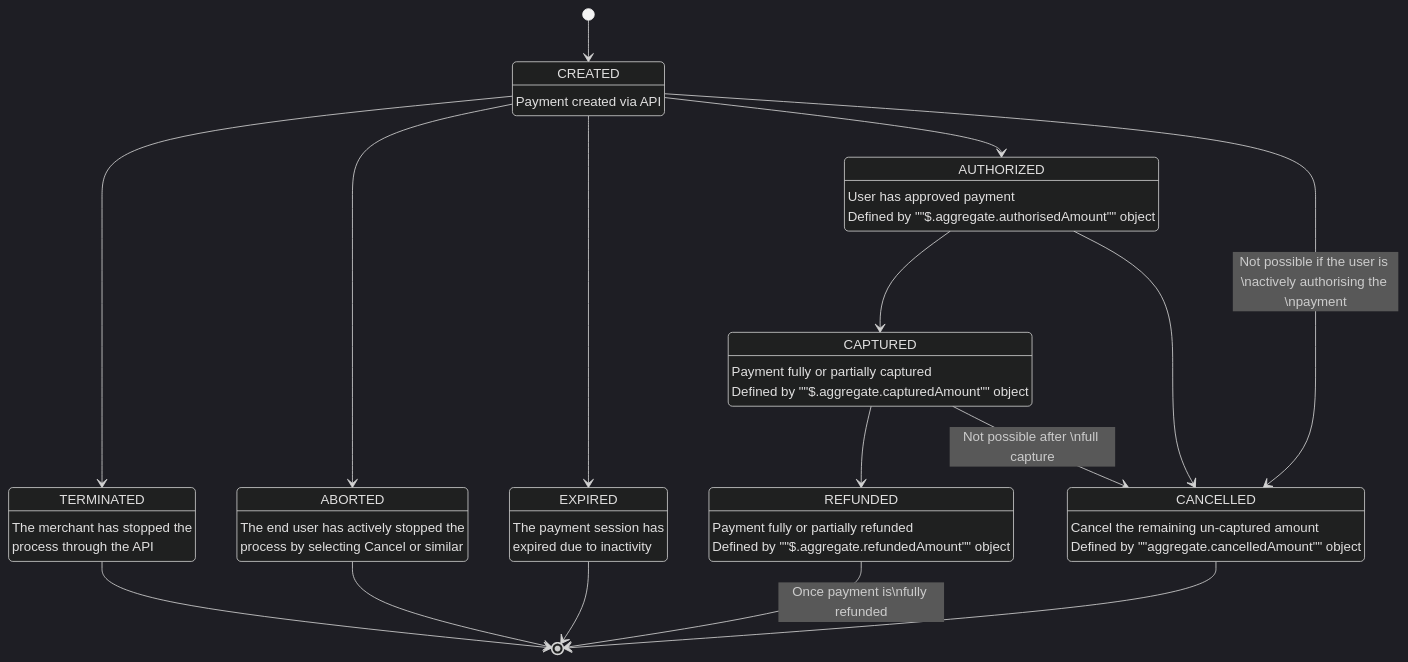
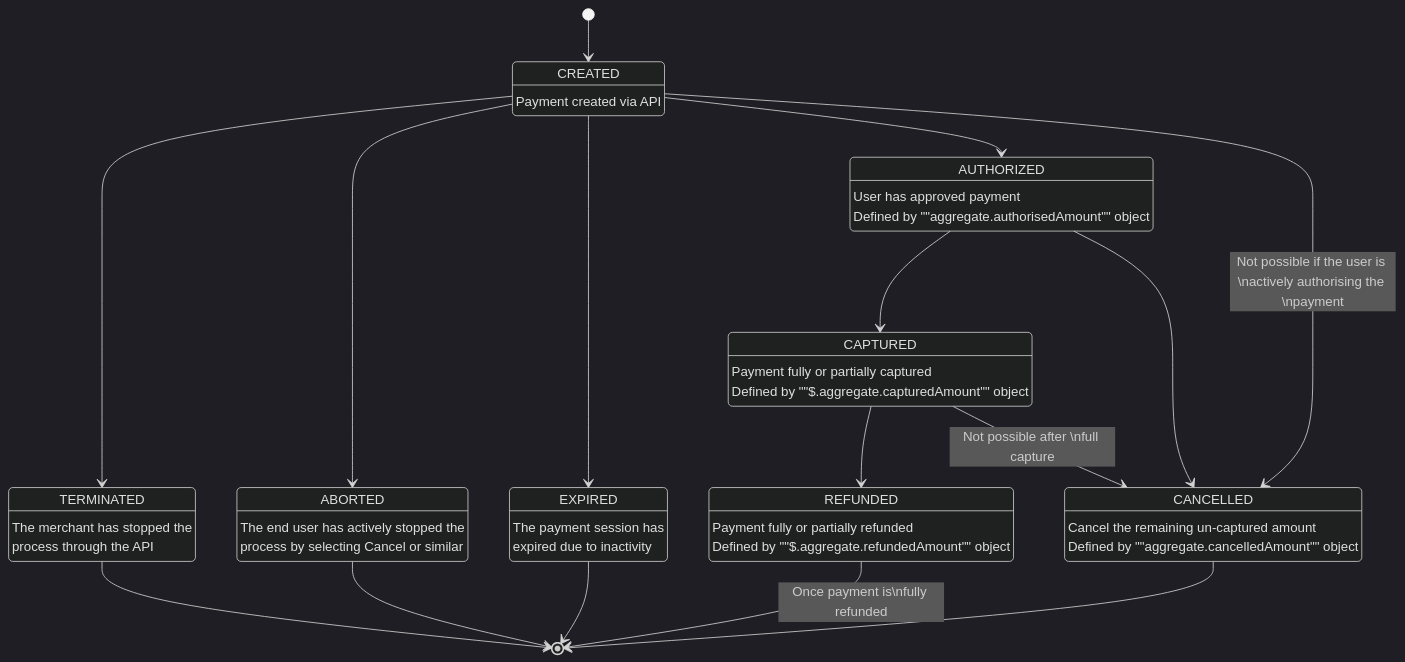
One commit to vippsas/vipps-epayment-api changed the diagram in payment_states.md. Above: the diagram before and after it, drawn with Mermaid (dark theme).

````diff
--- a/payment_states.md
+++ b/payment_states.md
@@ -19,34 +19,34 @@
 ``` mermaid
 stateDiagram
     [*] --> CREATED
 CREATED : CREATED
 CREATED : Payment created via API
 CREATED --> TERMINATED
 TERMINATED : TERMINATED
 TERMINATED : The merchant has stopped the\nprocess through the API
 TERMINATED --> [*]
 CREATED --> ABORTED
 ABORTED : ABORTED
 ABORTED : The end user has actively stopped the\nprocess by selecting Cancel or similar
 ABORTED --> [*]
 CREATED --> EXPIRED
 EXPIRED : EXPIRED
 EXPIRED : The payment session has\nexpired due to inactivity
 EXPIRED --> [*]
 CREATED --> AUTHORIZED
 AUTHORIZED : AUTHORIZED
-AUTHORIZED : User has approved payment\nDefined by ""$.aggregate.authorisedAmount"" object
+AUTHORIZED : User has approved payment\nDefined by ""aggregate.authorisedAmount"" object
 AUTHORIZED --> CAPTURED
 CAPTURED : CAPTURED
 CAPTURED : Payment fully or partially captured\nDefined by ""$.aggregate.capturedAmount"" object
 CAPTURED --> REFUNDED
 REFUNDED : REFUNDED
 REFUNDED : Payment fully or partially refunded\nDefined by ""$.aggregate.refundedAmount"" object
 REFUNDED --> [*] : Once payment is\nfully refunded
 CREATED --> CANCELLED : Not possible if the user is \nactively authorising the \npayment
 AUTHORIZED --> CANCELLED 
 CAPTURED --> CANCELLED : Not possible after \nfull capture
 CANCELLED : CANCELLED
 CANCELLED : Cancel the remaining un-captured amount\nDefined by ""aggregate.cancelledAmount"" object
 CANCELLED --> [*]
 ```
````
